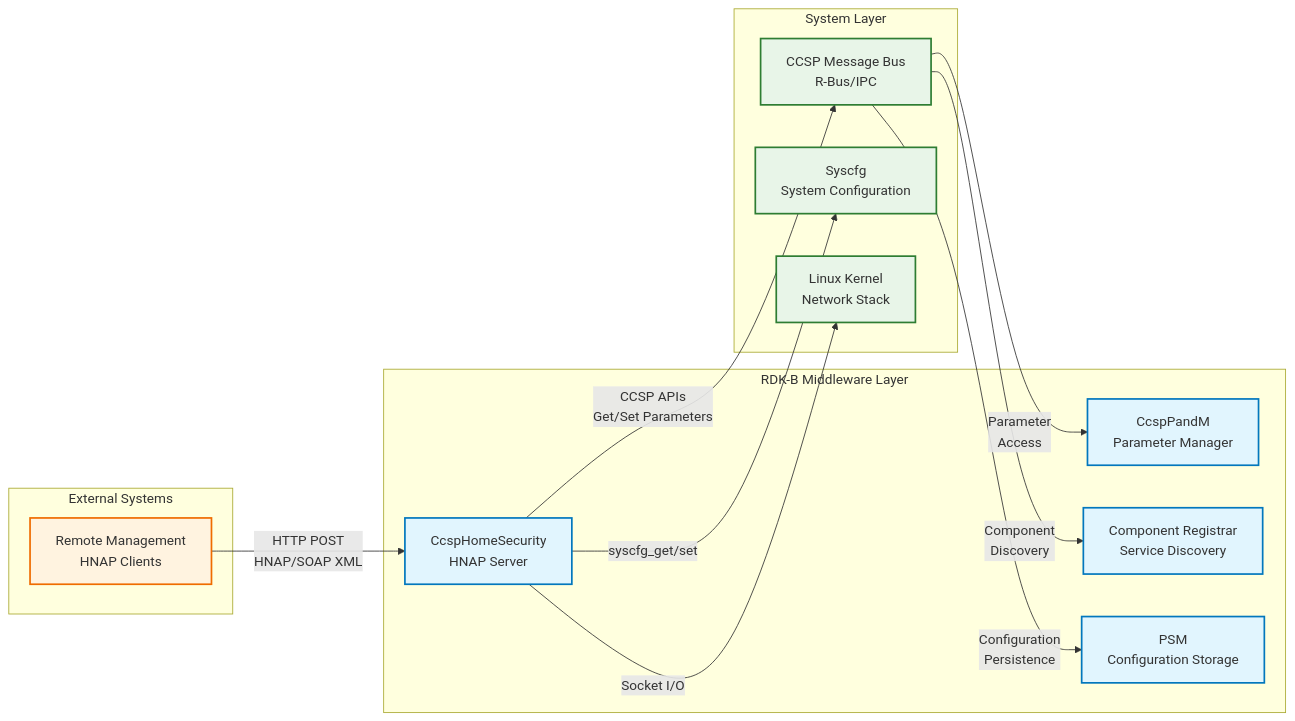
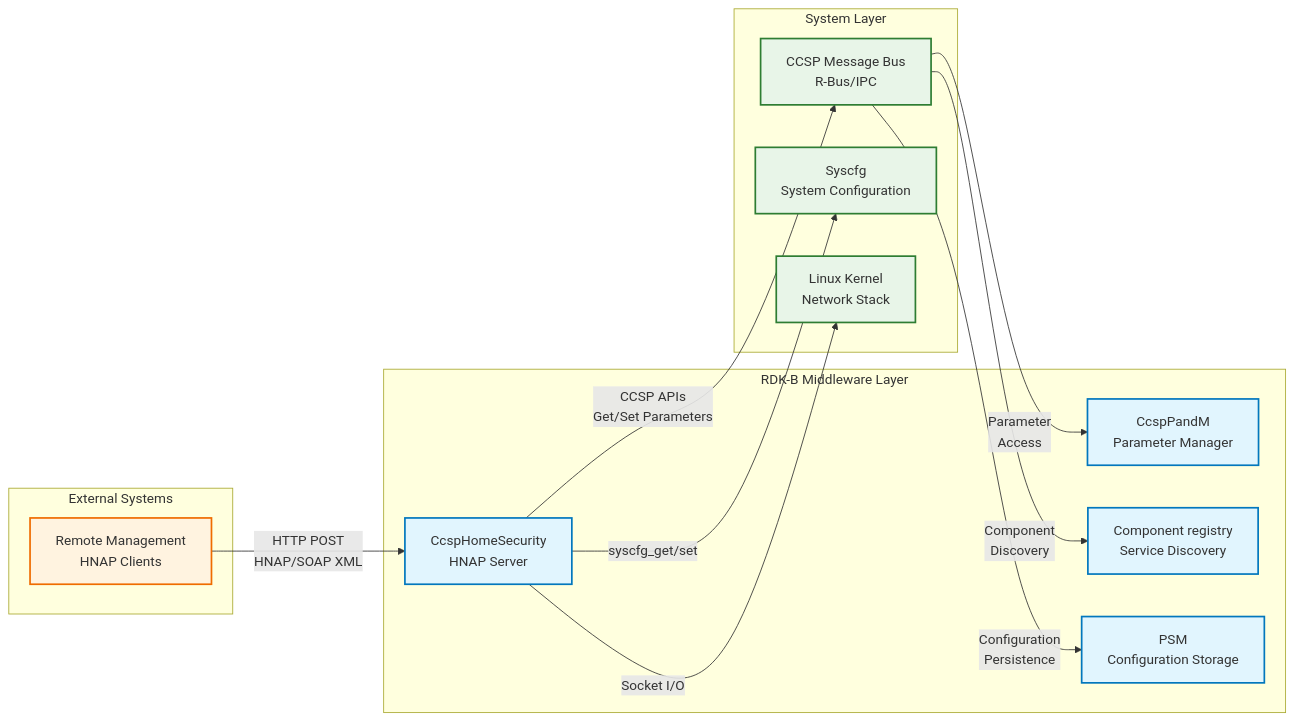
One commit to rns21/RDK_Documentation changed the first of 7 diagrams in docs/docu/dec17/home-security-documentation-feb27.md. Above: the diagram before and after it, drawn with Mermaid. The commit also changed other lines of this file, not shown here.

````diff
--- a/docs/docu/dec17/home-security-documentation-feb27.md
+++ b/docs/docu/dec17/home-security-documentation-feb27.md
@@ -7,35 +7,35 @@
 ```mermaid
 graph LR
     subgraph "External Systems"
         Remote[Remote Management<br/>HNAP Clients]
     end
 
     subgraph "RDK-B Middleware Layer"
         HomeSecurity[CcspHomeSecurity<br/>HNAP Server]
         CcspPandM[CcspPandM<br/>Parameter Manager]
-        CcspCR[Component Registrar<br/>Service Discovery]
+        CcspCR[Component registry<br/>Service Discovery]
         PSM[PSM<br/>Configuration Storage]
     end
 
     subgraph "System Layer"
         MBus[CCSP Message Bus<br/>R-Bus/IPC]
         Syscfg[Syscfg<br/>System Configuration]
         Linux[Linux Kernel<br/>Network Stack]
     end
 
     Remote -->|HTTP POST<br/>HNAP/SOAP XML| HomeSecurity
     HomeSecurity -->|CCSP APIs<br/>Get/Set Parameters| MBus
     HomeSecurity -->|syscfg_get/set| Syscfg
     MBus -->|Component<br/>Discovery| CcspCR
     MBus -->|Parameter<br/>Access| CcspPandM
     MBus -->|Configuration<br/>Persistence| PSM
     HomeSecurity -->|Socket I/O| Linux
 
     classDef external fill:#fff3e0,stroke:#ef6c00,stroke-width:2px
     classDef middleware fill:#e1f5fe,stroke:#0277bd,stroke-width:2px
     classDef system fill:#e8f5e8,stroke:#2e7d32,stroke-width:2px
     
     class Remote external
     class HomeSecurity,CcspPandM,CcspCR,PSM middleware
     class MBus,Syscfg,Linux system
 ```
````
